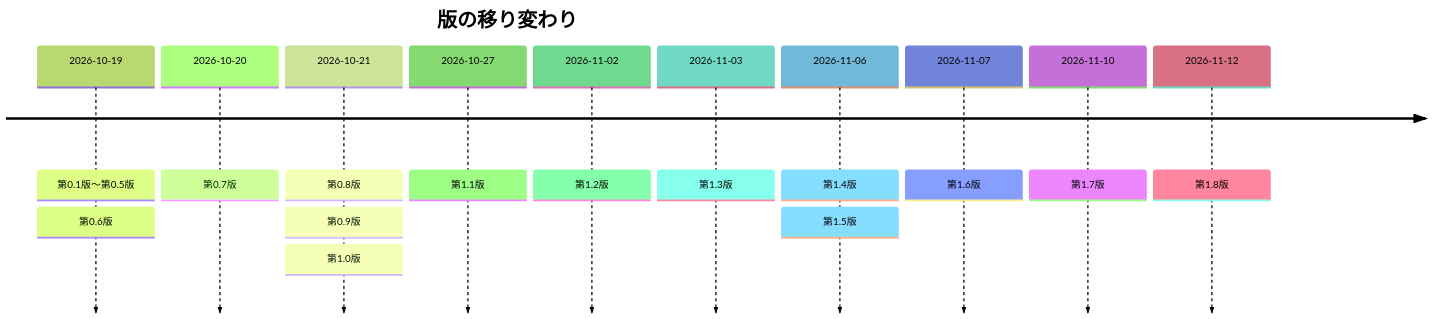
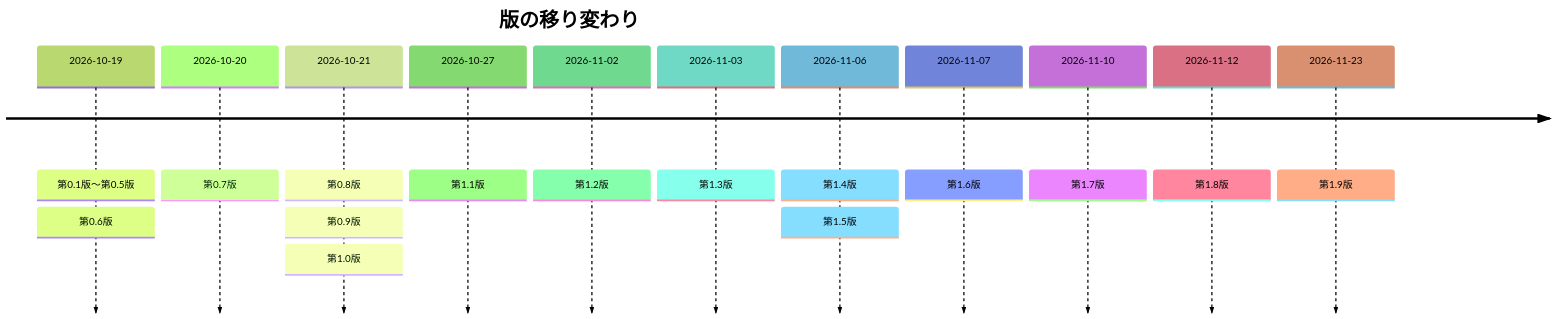
Diagram 18 of 18 in documents/外部設計書_RPG学習アプリ.md (pocarialice/rpglearning), drawn with Mermaid (forest theme) before and after one commit. The commit also changed other lines of this file and 34 other files, not shown here.

````diff
--- a/documents/外部設計書_RPG学習アプリ.md
+++ b/documents/外部設計書_RPG学習アプリ.md
@@ -1461,14 +1479,15 @@
 ```mermaid
 timeline
   title 版の移り変わり
   2026-10-19 : 第0.1版〜第0.5版 : 第0.6版
   2026-10-20 : 第0.7版
   2026-10-21 : 第0.8版 : 第0.9版 : 第1.0版
   2026-10-27 : 第1.1版
   2026-11-02 : 第1.2版
   2026-11-03 : 第1.3版
   2026-11-06 : 第1.4版 : 第1.5版
   2026-11-07 : 第1.6版
   2026-11-10 : 第1.7版
   2026-11-12 : 第1.8版
+  2026-11-23 : 第1.9版
 ```
````
